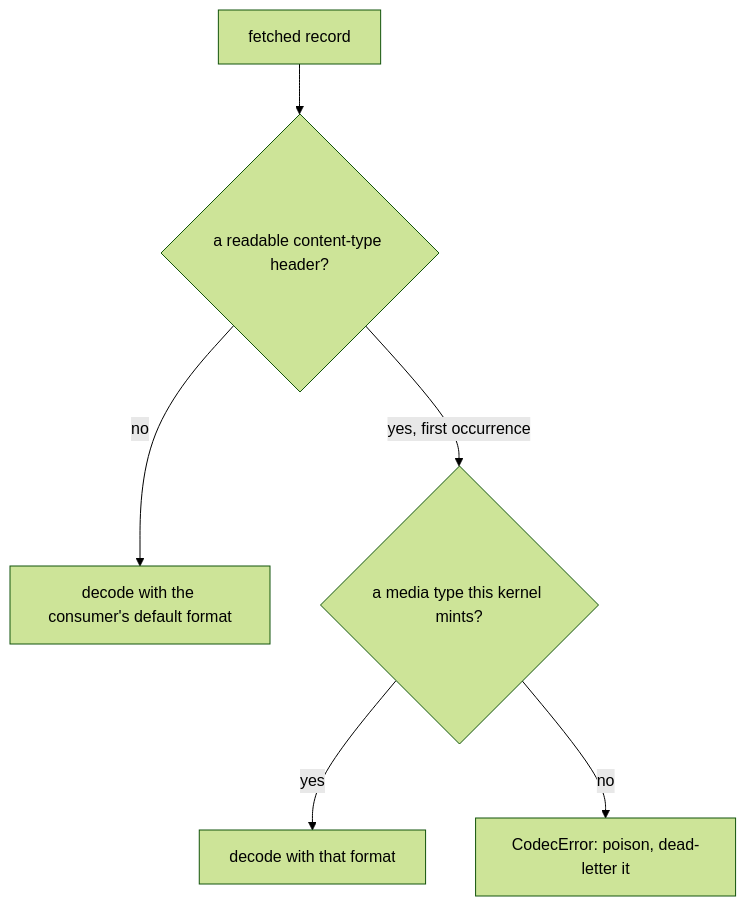
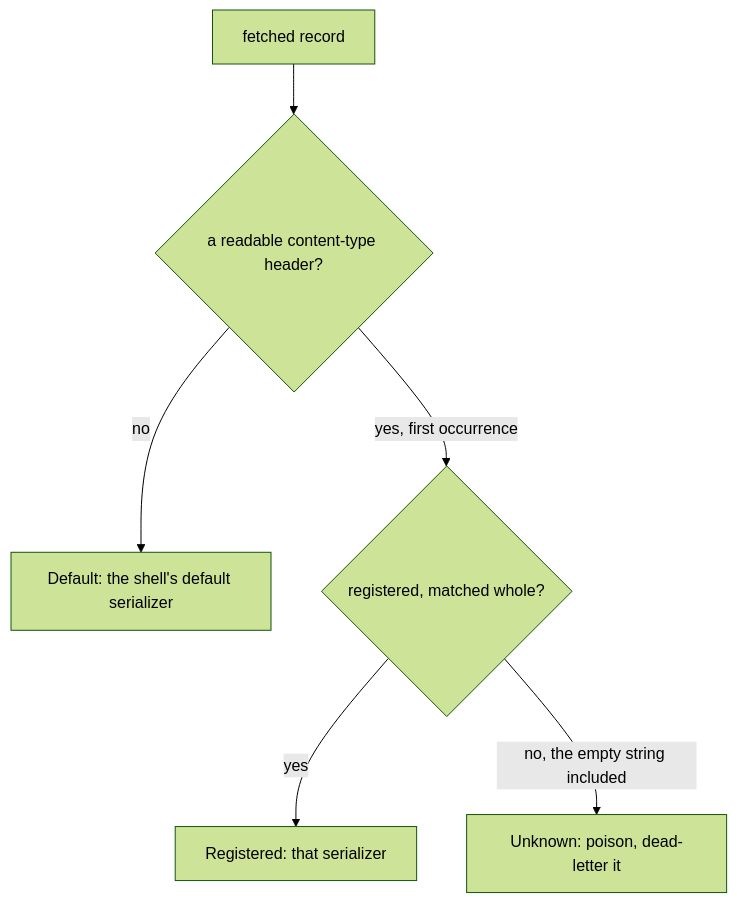
One commit to haskian/edax changed the first of 2 diagrams in docs/kernels/kafka.md. Above: the diagram before and after it, drawn with Mermaid (forest theme). The commit also changed other lines of this file and 234 other files, not shown here.

````diff
--- a/docs/kernels/kafka.md
+++ b/docs/kernels/kafka.md
@@ -94,8 +104,8 @@
 ```mermaid
 flowchart TB
   R["fetched record"] --> C{"a readable content-type header?"}
-  C -->|"no"| D["decode with the consumer's default format"]
-  C -->|"yes, first occurrence"| K{"a media type this kernel mints?"}
-  K -->|"yes"| F["decode with that format"]
-  K -->|"no"| E["CodecError: poison, dead-letter it"]
+  C -->|"no"| D["Default: the shell's default serializer"]
+  C -->|"yes, first occurrence"| K{"registered, matched whole?"}
+  K -->|"yes"| F["Registered: that serializer"]
+  K -->|"no, the empty string included"| E["Unknown: poison, dead-letter it"]
 ```
````
